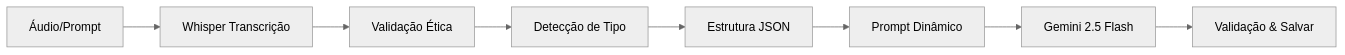
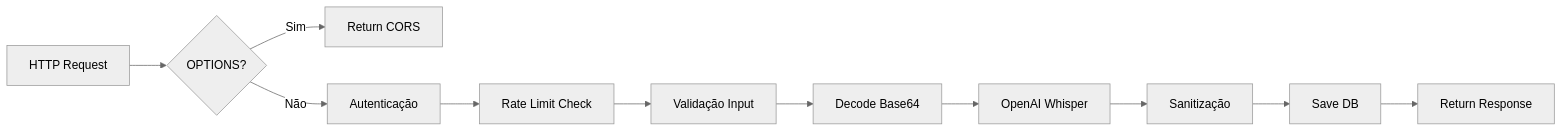
Before and after one commit to eudavidthomaz/vision-studio-lab: the third of 5 diagrams in ARQUITETURA_SISTEMA_IDEON.md, drawn with Mermaid (neutral theme). The commit also changed other lines of this file and 86 other files, not shown here.

````diff
--- a/ARQUITETURA_SISTEMA_IDEON.md
+++ b/ARQUITETURA_SISTEMA_IDEON.md
@@ -130,10 +319,13 @@
 ```mermaid
 graph LR
-    A[Áudio/Prompt] --> B[Whisper Transcrição]
-    B --> C[Validação Ética]
-    C --> D[Detecção de Tipo]
-    D --> E[Estrutura JSON]
-    E --> F[Prompt Dinâmico]
-    F --> G[Gemini 2.5 Flash]
-    G --> H[Validação & Salvar]
+    A[HTTP Request] --> B{OPTIONS?}
+    B -->|Sim| C[Return CORS]
+    B -->|Não| D[Autenticação]
+    D --> E[Rate Limit Check]
+    E --> F[Validação Input]
+    F --> G[Decode Base64]
+    G --> H[OpenAI Whisper]
+    H --> I[Sanitização]
+    I --> J[Save DB]
+    J --> K[Return Response]
 ```
````
